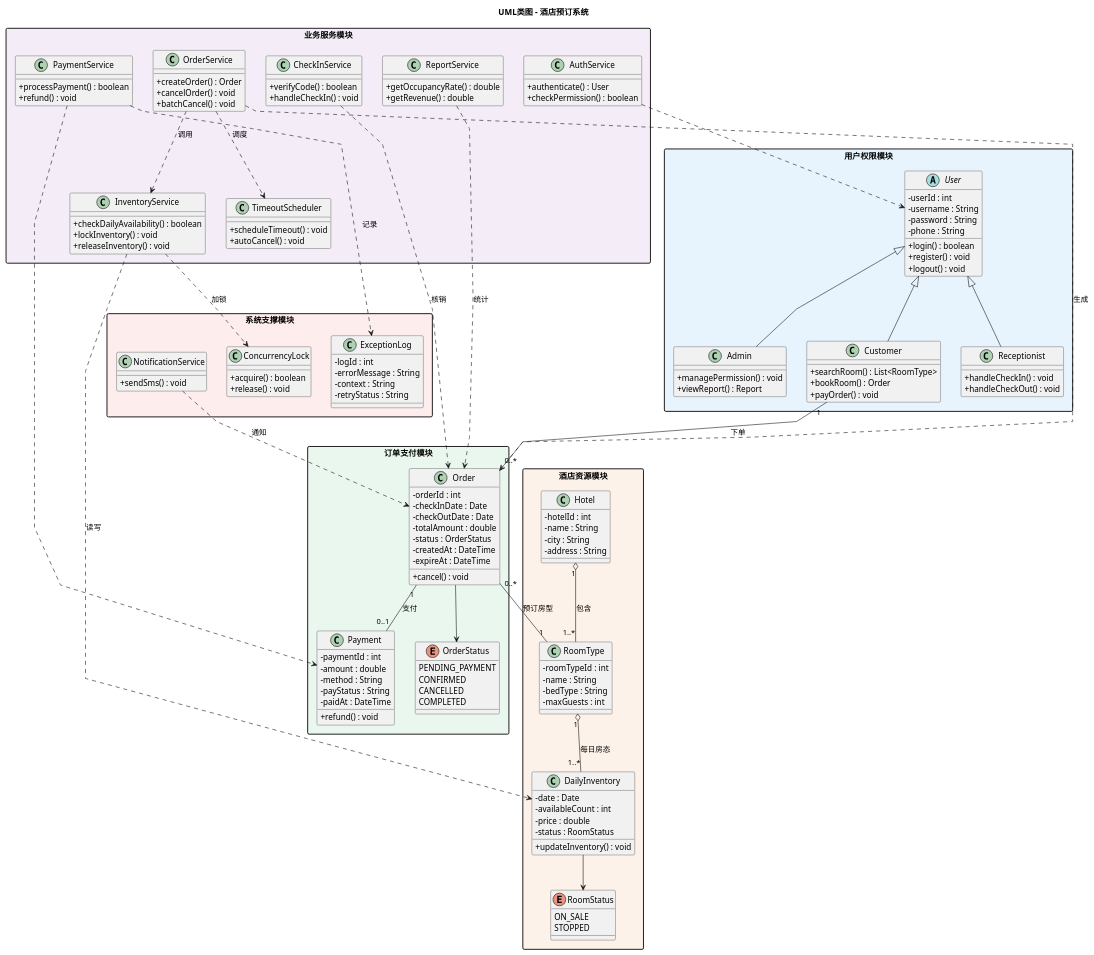
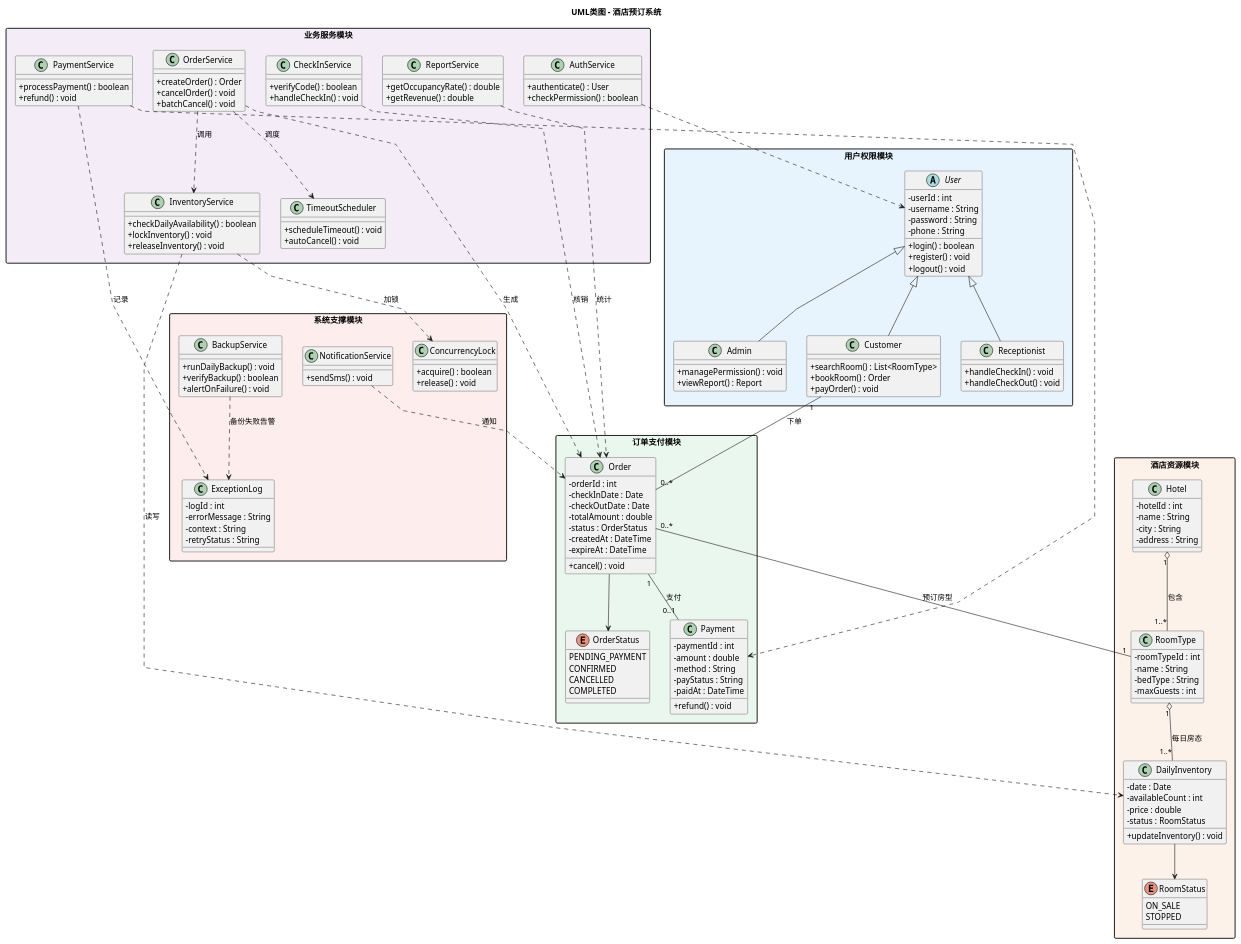
The diagram in UML/UML类图.puml (251220032-droid/lab01-hotel), drawn with PlantUML before and after one commit. The commit also changed 3 other files, not shown here.

Commit message:
fix: 人工补全REQ-015数据库备份，类图新增BackupService并同步报告

```diff
--- a/UML/UML类图.puml
+++ b/UML/UML类图.puml
@@ -1,162 +1,168 @@
 @startuml
 ' 酒店预订系统核心类图，按模块分包
 title UML类图 - 酒店预订系统
 skinparam classAttributeIconSize 0
 skinparam linetype polyline
 skinparam packageStyle rectangle
 
 ' ===== 1. 用户权限模块 =====
 package "用户权限模块" #E8F4FD {
     abstract class User {
         - userId : int
         - username : String
         - password : String
         - phone : String
         + login() : boolean
         + register() : void
         + logout() : void
     }
     class Customer {
         + searchRoom() : List<RoomType>
         + bookRoom() : Order
         + payOrder() : void
     }
     class Receptionist {
         + handleCheckIn() : void
         + handleCheckOut() : void
     }
     class Admin {
         + managePermission() : void
         + viewReport() : Report
     }
     User <|-- Customer
     User <|-- Receptionist
     User <|-- Admin
 }
 
 ' ===== 2. 酒店资源模块 =====
 package "酒店资源模块" #FDF2E9 {
     class Hotel {
         - hotelId : int
         - name : String
         - city : String
         - address : String
     }
     class RoomType {
         - roomTypeId : int
         - name : String
         - bedType : String
         - maxGuests : int
     }
     class DailyInventory {
         - date : Date
         - availableCount : int
         - price : double
         - status : RoomStatus
         + updateInventory() : void
     }
     enum RoomStatus {
         ON_SALE
         STOPPED
     }
     Hotel "1" o-- "1..*" RoomType : 包含
     RoomType "1" o-- "1..*" DailyInventory : 每日房态
     DailyInventory --> RoomStatus
 }
 
 ' ===== 3. 订单支付模块 =====
 package "订单支付模块" #EAF7EE {
     class Order {
         - orderId : int
         - checkInDate : Date
         - checkOutDate : Date
         - totalAmount : double
         - status : OrderStatus
         - createdAt : DateTime
         - expireAt : DateTime
         + cancel() : void
     }
     enum OrderStatus {
         PENDING_PAYMENT
         CONFIRMED
         CANCELLED
         COMPLETED
     }
     class Payment {
         - paymentId : int
         - amount : double
         - method : String
         - payStatus : String
         - paidAt : DateTime
         + refund() : void
     }
     Order --> OrderStatus
     Order "1" -- "0..1" Payment : 支付
 }
 
 ' ===== 4. 业务服务模块 =====
 package "业务服务模块" #F4ECF7 {
     class AuthService {
         + authenticate() : User
         + checkPermission() : boolean
     }
     class InventoryService {
         + checkDailyAvailability() : boolean
         + lockInventory() : void
         + releaseInventory() : void
     }
     class OrderService {
         + createOrder() : Order
         + cancelOrder() : void
         + batchCancel() : void
     }
     class PaymentService {
         + processPayment() : boolean
         + refund() : void
     }
     class CheckInService {
         + verifyCode() : boolean
         + handleCheckIn() : void
     }
     class ReportService {
         + getOccupancyRate() : double
         + getRevenue() : double
     }
     class TimeoutScheduler {
         + scheduleTimeout() : void
         + autoCancel() : void
     }
 }
 
 ' ===== 5. 系统支撑模块 =====
 package "系统支撑模块" #FDEDEC {
     class ConcurrencyLock {
         + acquire() : boolean
         + release() : void
     }
     class ExceptionLog {
         - logId : int
         - errorMessage : String
         - context : String
         - retryStatus : String
     }
     class NotificationService {
         + sendSms() : void
     }
+    class BackupService {
+        + runDailyBackup() : void
+        + verifyBackup() : boolean
+        + alertOnFailure() : void
+    }
 }
 
 ' ===== 跨模块关联与依赖 =====
 Customer "1" -- "0..*" Order : 下单
 Order "0..*" -- "1" RoomType : 预订房型
 AuthService ..> User
 OrderService ..> Order : 生成
 OrderService ..> InventoryService : 调用
 InventoryService ..> DailyInventory : 读写
 InventoryService ..> ConcurrencyLock : 加锁
 PaymentService ..> Payment
 PaymentService ..> ExceptionLog : 记录
 OrderService ..> TimeoutScheduler : 调度
 CheckInService ..> Order : 核销
 ReportService ..> Order : 统计
 NotificationService ..> Order : 通知
+BackupService ..> ExceptionLog : 备份失败告警
 @enduml
```
